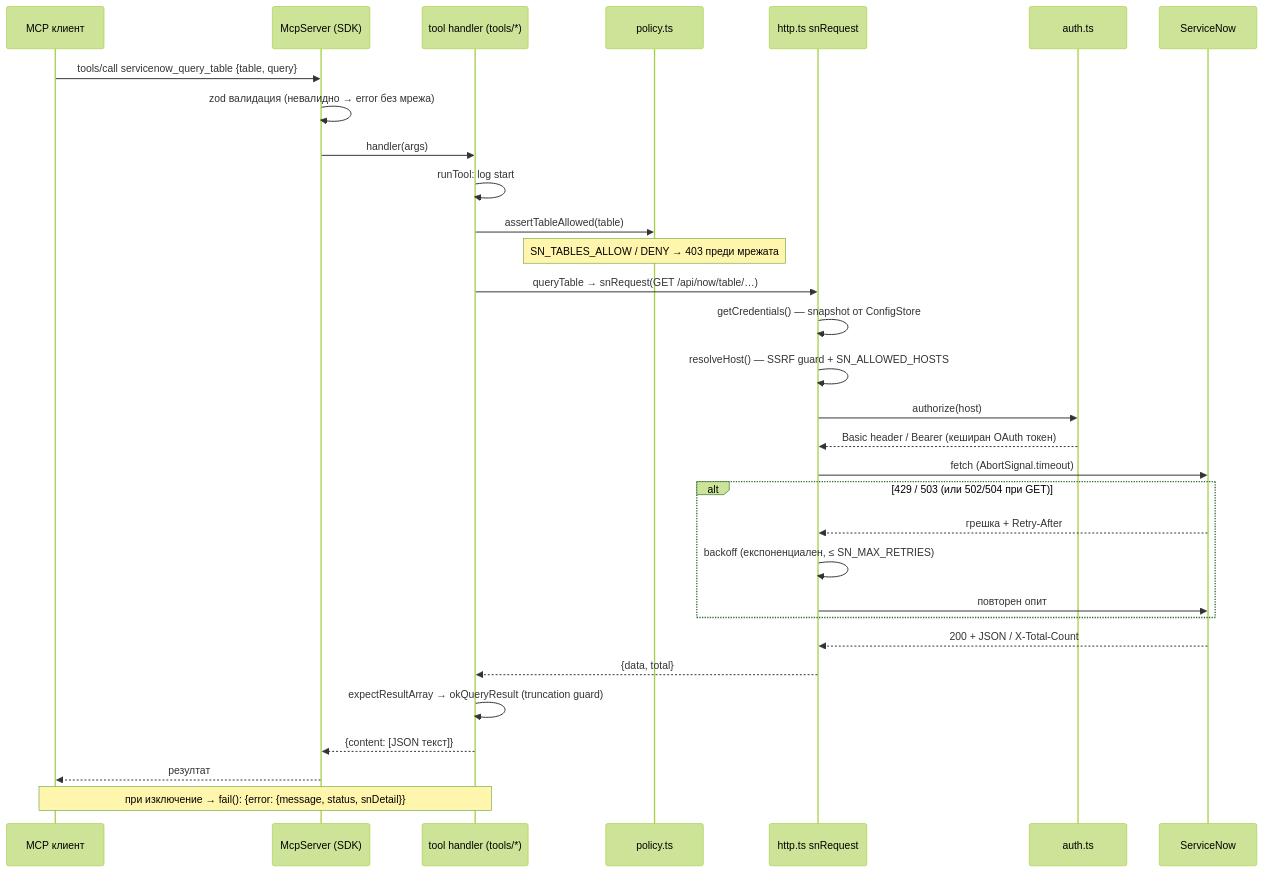
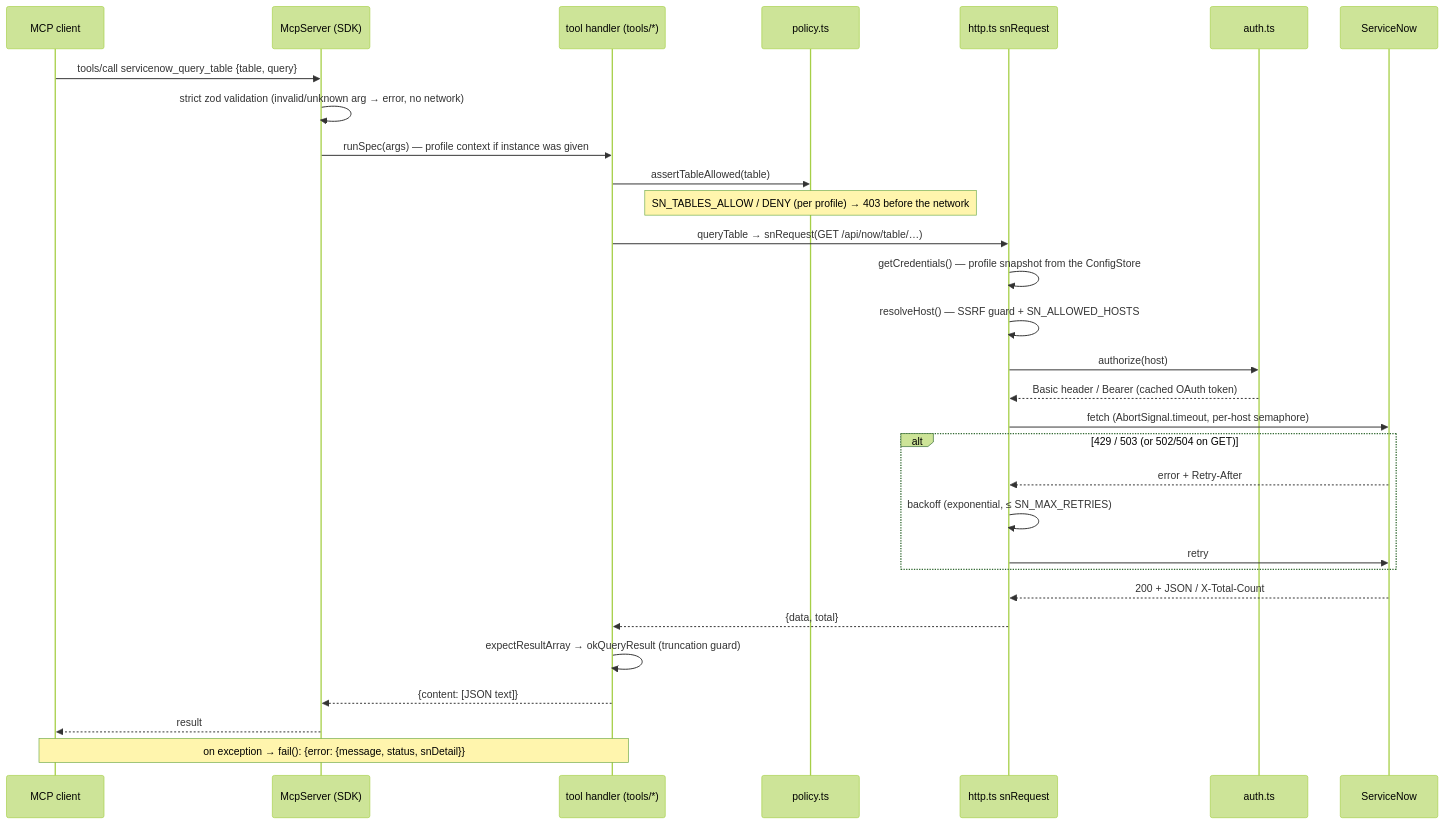
One commit to IvanBBaev/servicenow-mcp-ai changed the second of 5 diagrams in ARCHITECTURE.md. Above: the diagram before and after it, drawn with Mermaid (forest theme). The commit also changed other lines of this file and 4 other files, not shown here.

First line of the commit message:
docs: translate CHANGELOG, TODO, PRODUCT-STATE, ARCHITECTURE, DONE to English

````diff
--- a/ARCHITECTURE.md
+++ b/ARCHITECTURE.md
@@ -82,34 +84,33 @@
 ```mermaid
 sequenceDiagram
-    participant C as MCP клиент
+    participant C as MCP client
     participant S as McpServer (SDK)
     participant T as tool handler (tools/*)
     participant P as policy.ts
     participant H as http.ts snRequest
     participant A as auth.ts
     participant SN as ServiceNow
 
     C->>S: tools/call servicenow_query_table {table, query}
-    S->>S: zod валидация (невалидно → error без мрежа)
-    S->>T: handler(args)
-    T->>T: runTool: log start
+    S->>S: strict zod validation (invalid/unknown arg → error, no network)
+    S->>T: runSpec(args) — profile context if instance was given
     T->>P: assertTableAllowed(table)
-    Note over P: SN_TABLES_ALLOW / DENY → 403 преди мрежата
+    Note over P: SN_TABLES_ALLOW / DENY (per profile) → 403 before the network
     T->>H: queryTable → snRequest(GET /api/now/table/…)
-    H->>H: getCredentials() — snapshot от ConfigStore
+    H->>H: getCredentials() — profile snapshot from the ConfigStore
     H->>H: resolveHost() — SSRF guard + SN_ALLOWED_HOSTS
     H->>A: authorize(host)
-    A-->>H: Basic header / Bearer (кеширан OAuth токен)
-    H->>SN: fetch (AbortSignal.timeout)
-    alt 429 / 503 (или 502/504 при GET)
-        SN-->>H: грешка + Retry-After
-        H->>H: backoff (експоненциален, ≤ SN_MAX_RETRIES)
-        H->>SN: повторен опит
+    A-->>H: Basic header / Bearer (cached OAuth token)
+    H->>SN: fetch (AbortSignal.timeout, per-host semaphore)
+    alt 429 / 503 (or 502/504 on GET)
+        SN-->>H: error + Retry-After
+        H->>H: backoff (exponential, ≤ SN_MAX_RETRIES)
+        H->>SN: retry
     end
     SN-->>H: 200 + JSON / X-Total-Count
     H-->>T: {data, total}
     T->>T: expectResultArray → okQueryResult (truncation guard)
-    T-->>S: {content: [JSON текст]}
-    S-->>C: резултат
-    Note over T,C: при изключение → fail(): {error: {message, status, snDetail}}
+    T-->>S: {content: [JSON text]}
+    S-->>C: result
+    Note over T,C: on exception → fail(): {error: {message, status, snDetail}}
 ```
````
